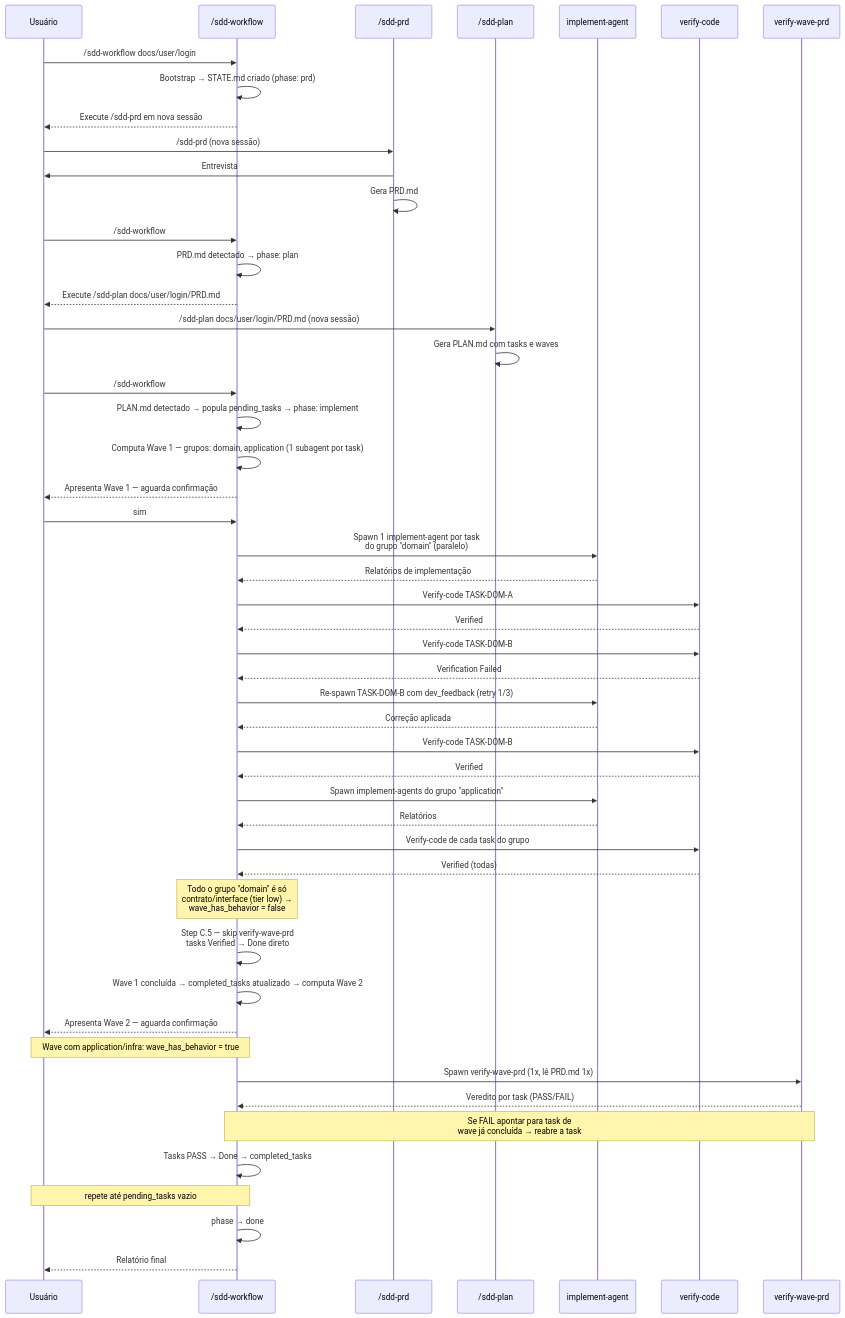
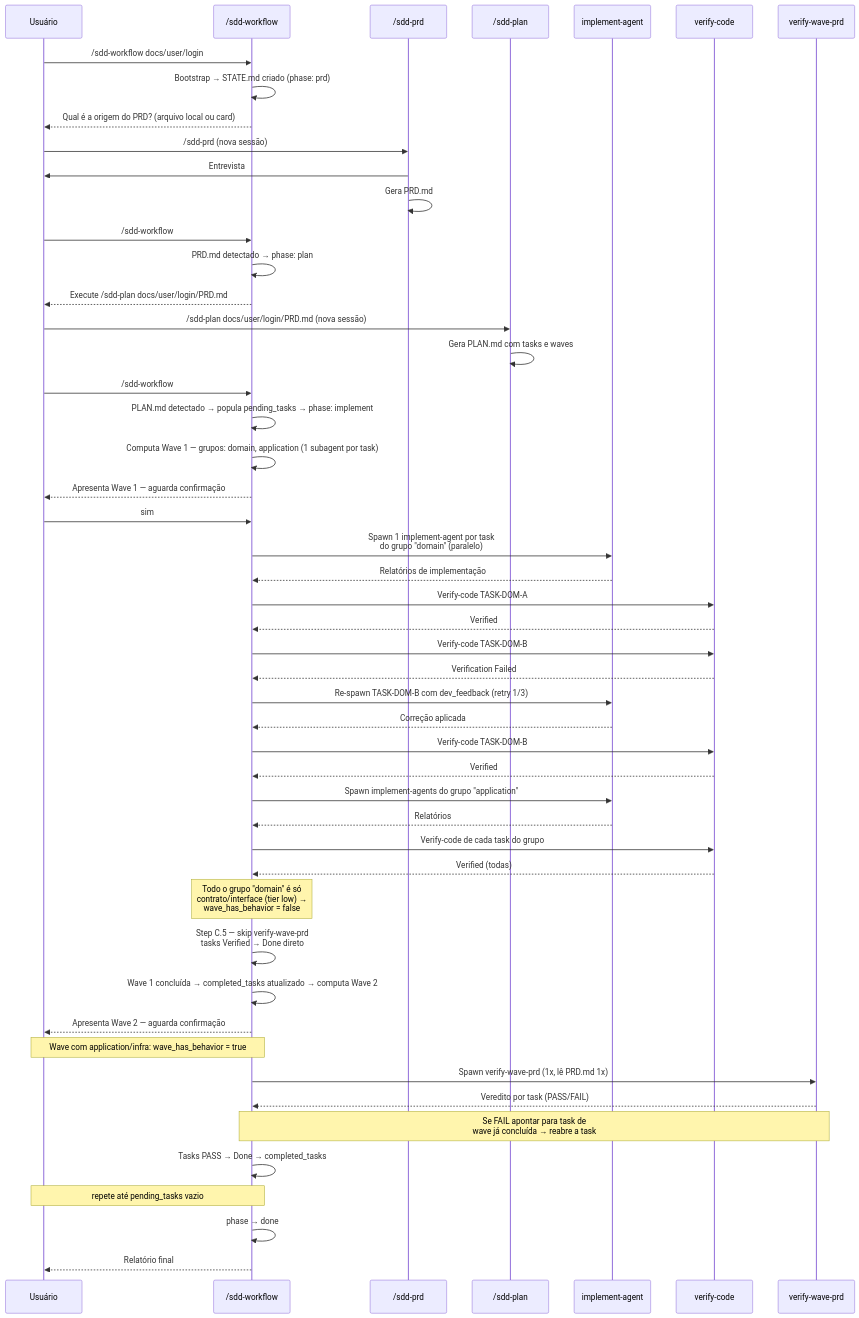
The tenth of 10 diagrams in SDD-GUIDELINE.md (JeffersonBrasilino/hex-api-go), drawn with Mermaid before and after one commit. The commit also changed other lines of this file and 38 other files, not shown here.

````diff
--- a/SDD-GUIDELINE.md
+++ b/SDD-GUIDELINE.md
@@ -619,64 +680,64 @@
 ```mermaid
 sequenceDiagram
     participant U as Usuário
     participant W as /sdd-workflow
     participant PRD as /sdd-prd
     participant PLN as /sdd-plan
     participant IA as implement-agent
     participant VC as verify-code
     participant VP as verify-wave-prd
 
     U->>W: /sdd-workflow docs/user/login
     W->>W: Bootstrap → STATE.md criado (phase: prd)
-    W-->>U: Execute /sdd-prd em nova sessão
+    W-->>U: Qual é a origem do PRD? (arquivo local ou card)
 
     U->>PRD: /sdd-prd (nova sessão)
     PRD->>U: Entrevista
     PRD->>PRD: Gera PRD.md
     U->>W: /sdd-workflow
 
     W->>W: PRD.md detectado → phase: plan
     W-->>U: Execute /sdd-plan docs/user/login/PRD.md
 
     U->>PLN: /sdd-plan docs/user/login/PRD.md (nova sessão)
     PLN->>PLN: Gera PLAN.md com tasks e waves
     U->>W: /sdd-workflow
 
     W->>W: PLAN.md detectado → popula pending_tasks → phase: implement
     W->>W: Computa Wave 1 — grupos: domain, application (1 subagent por task)
     W-->>U: Apresenta Wave 1 — aguarda confirmação
 
     U->>W: sim
     W->>IA: Spawn 1 implement-agent por task<br/>do grupo "domain" (paralelo)
     IA-->>W: Relatórios de implementação
     W->>VC: Verify-code TASK-DOM-A
     VC-->>W: Verified
     W->>VC: Verify-code TASK-DOM-B
     VC-->>W: Verification Failed
     W->>IA: Re-spawn TASK-DOM-B com dev_feedback (retry 1/3)
     IA-->>W: Correção aplicada
     W->>VC: Verify-code TASK-DOM-B
     VC-->>W: Verified
 
     W->>IA: Spawn implement-agents do grupo "application"
     IA-->>W: Relatórios
     W->>VC: Verify-code de cada task do grupo
     VC-->>W: Verified (todas)
 
     Note over W: Todo o grupo "domain" é só<br/>contrato/interface (tier low) →<br/>wave_has_behavior = false
     W->>W: Step C.5 — skip verify-wave-prd<br/>tasks Verified → Done direto
 
     W->>W: Wave 1 concluída → completed_tasks atualizado → computa Wave 2
     W-->>U: Apresenta Wave 2 — aguarda confirmação
 
     Note over U,W: Wave com application/infra: wave_has_behavior = true
     W->>VP: Spawn verify-wave-prd (1x, lê PRD.md 1x)
     VP-->>W: Veredito por task (PASS/FAIL)
     Note over VP,W: Se FAIL apontar para task de<br/>wave já concluída → reabre a task
     W->>W: Tasks PASS → Done → completed_tasks
 
     Note over U,W: repete até pending_tasks vazio
 
     W->>W: phase → done
     W-->>U: Relatório final
 ```
````
